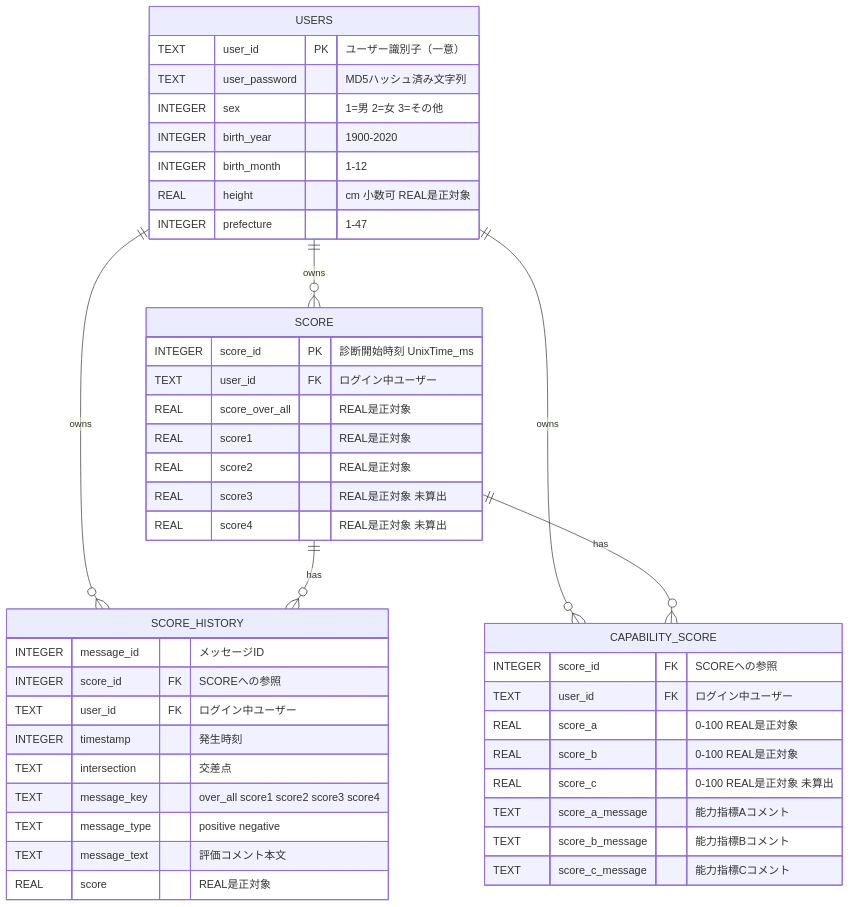
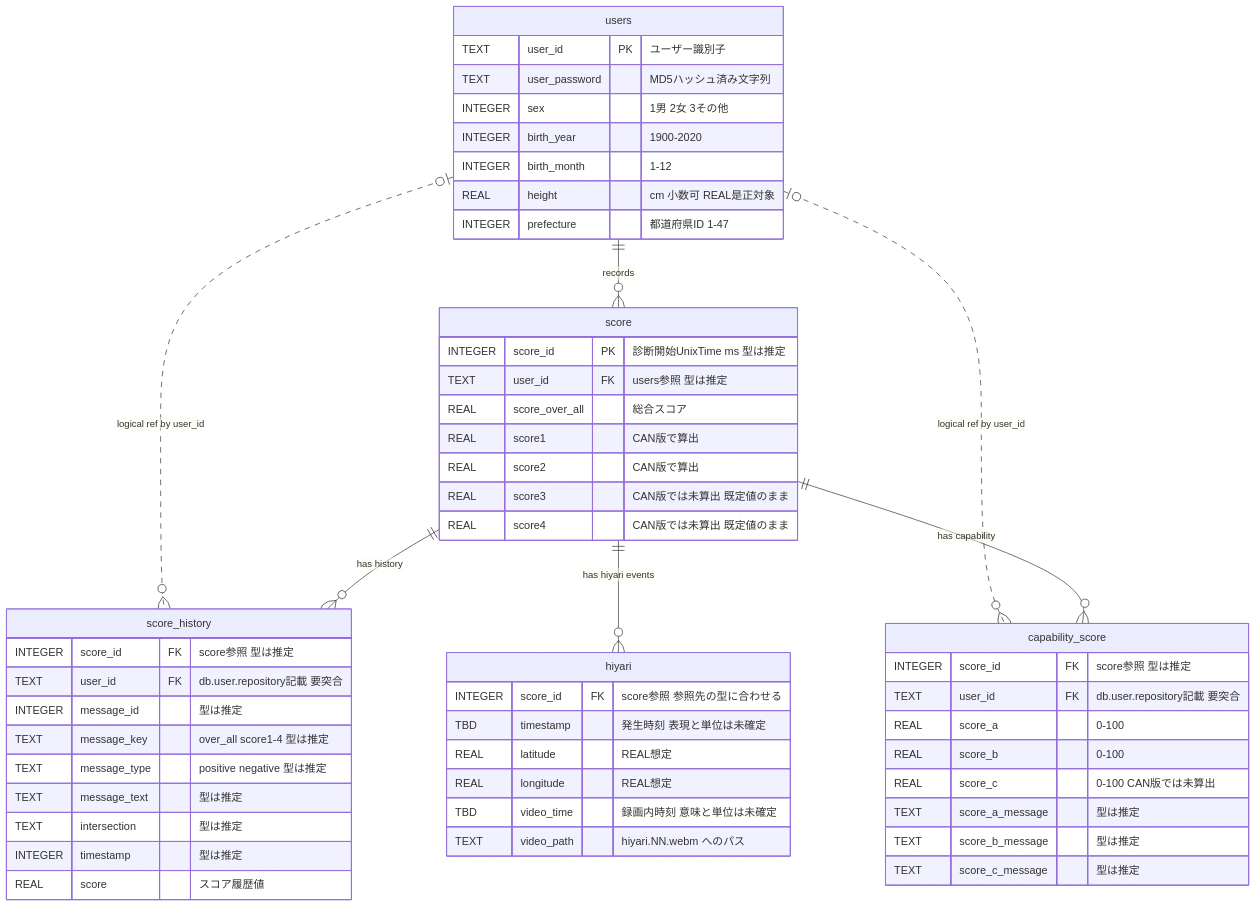
The diagram in spec/ER_DIAGRAM.md (MaysunWatanabe/driving_score), drawn with Mermaid before and after one commit. The commit also changed other lines of this file, not shown here.

Commit message:
docs(spec): integrate spec/ER_DIAGRAM.md (session #6)

````diff
--- a/spec/ER_DIAGRAM.md
+++ b/spec/ER_DIAGRAM.md
@@ -3,51 +1,61 @@
 ```mermaid
 erDiagram
-    USERS ||--o{ SCORE : "owns"
-    USERS ||--o{ SCORE_HISTORY : "owns"
-    USERS ||--o{ CAPABILITY_SCORE : "owns"
-    SCORE ||--o{ SCORE_HISTORY : "has"
-    SCORE ||--o{ CAPABILITY_SCORE : "has"
+    users ||--o{ score : "records"
+    score ||--o{ score_history : "has history"
+    score ||--o{ capability_score : "has capability"
+    score ||--o{ hiyari : "has hiyari events"
+    users |o..o{ score_history : "logical ref by user_id"
+    users |o..o{ capability_score : "logical ref by user_id"
 
-    USERS {
-        TEXT user_id PK "ユーザー識別子（一意）"
+    users {
+        TEXT user_id PK "ユーザー識別子"
         TEXT user_password "MD5ハッシュ済み文字列"
-        INTEGER sex "1=男 2=女 3=その他"
+        INTEGER sex "1男 2女 3その他"
         INTEGER birth_year "1900-2020"
         INTEGER birth_month "1-12"
         REAL height "cm 小数可 REAL是正対象"
-        INTEGER prefecture "1-47"
+        INTEGER prefecture "都道府県ID 1-47"
     }
 
-    SCORE {
-        INTEGER score_id PK "診断開始時刻 UnixTime_ms"
-        TEXT user_id FK "ログイン中ユーザー"
-        REAL score_over_all "REAL是正対象"
-        REAL score1 "REAL是正対象"
-        REAL score2 "REAL是正対象"
-        REAL score3 "REAL是正対象 未算出"
-        REAL score4 "REAL是正対象 未算出"
+    score {
+        INTEGER score_id PK "診断開始UnixTime ms 型は推定"
+        TEXT user_id FK "users参照 型は推定"
+        REAL score_over_all "総合スコア"
+        REAL score1 "CAN版で算出"
+        REAL score2 "CAN版で算出"
+        REAL score3 "CAN版では未算出 既定値のまま"
+        REAL score4 "CAN版では未算出 既定値のまま"
     }
 
-    SCORE_HISTORY {
-        INTEGER message_id "メッセージID"
-        INTEGER score_id FK "SCOREへの参照"
-        TEXT user_id FK "ログイン中ユーザー"
-        INTEGER timestamp "発生時刻"
-        TEXT intersection "交差点"
-        TEXT message_key "over_all score1 score2 score3 score4"
-        TEXT message_type "positive negative"
-        TEXT message_text "評価コメント本文"
-        REAL score "REAL是正対象"
+    score_history {
+        INTEGER score_id FK "score参照 型は推定"
+        TEXT user_id FK "db.user.repository記載 要突合"
+        INTEGER message_id "型は推定"
+        TEXT message_key "over_all score1-4 型は推定"
+        TEXT message_type "positive negative 型は推定"
+        TEXT message_text "型は推定"
+        TEXT intersection "型は推定"
+        INTEGER timestamp "型は推定"
+        REAL score "スコア履歴値"
     }
 
-    CAPABILITY_SCORE {
-        INTEGER score_id FK "SCOREへの参照"
-        TEXT user_id FK "ログイン中ユーザー"
-        REAL score_a "0-100 REAL是正対象"
-        REAL score_b "0-100 REAL是正対象"
-        REAL score_c "0-100 REAL是正対象 未算出"
-        TEXT score_a_message "能力指標Aコメント"
-        TEXT score_b_message "能力指標Bコメント"
-        TEXT score_c_message "能力指標Cコメント"
+    capability_score {
+        INTEGER score_id FK "score参照 型は推定"
+        TEXT user_id FK "db.user.repository記載 要突合"
+        REAL score_a "0-100"
+        REAL score_b "0-100"
+        REAL score_c "0-100 CAN版では未算出"
+        TEXT score_a_message "型は推定"
+        TEXT score_b_message "型は推定"
+        TEXT score_c_message "型は推定"
+    }
+
+    hiyari {
+        INTEGER score_id FK "score参照 参照先の型に合わせる"
+        TBD timestamp "発生時刻 表現と単位は未確定"
+        REAL latitude "REAL想定"
+        REAL longitude "REAL想定"
+        TBD video_time "録画内時刻 意味と単位は未確定"
+        TEXT video_path "hiyari.NN.webm へのパス"
     }
 ```
````
